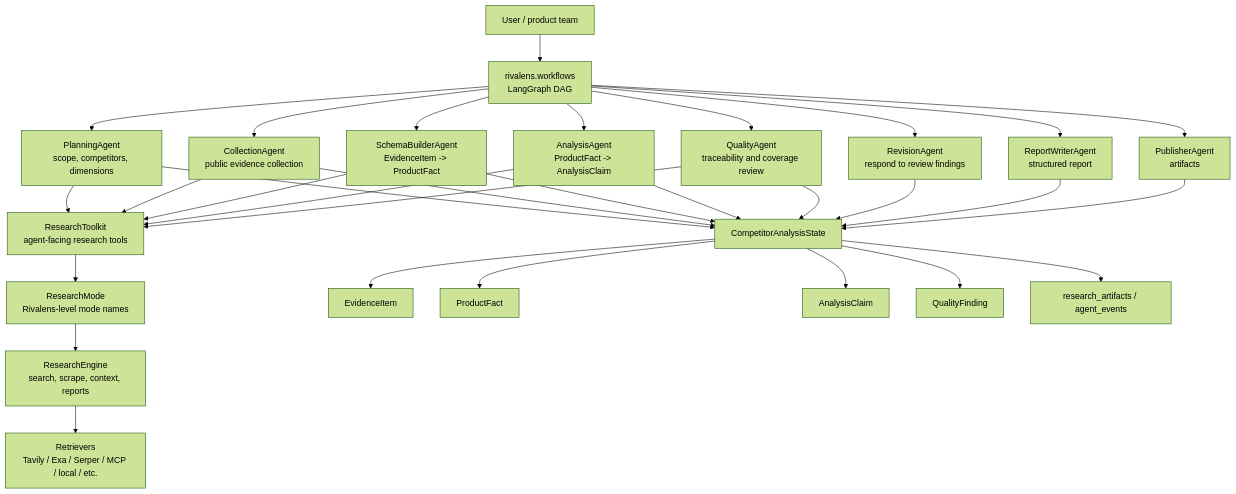
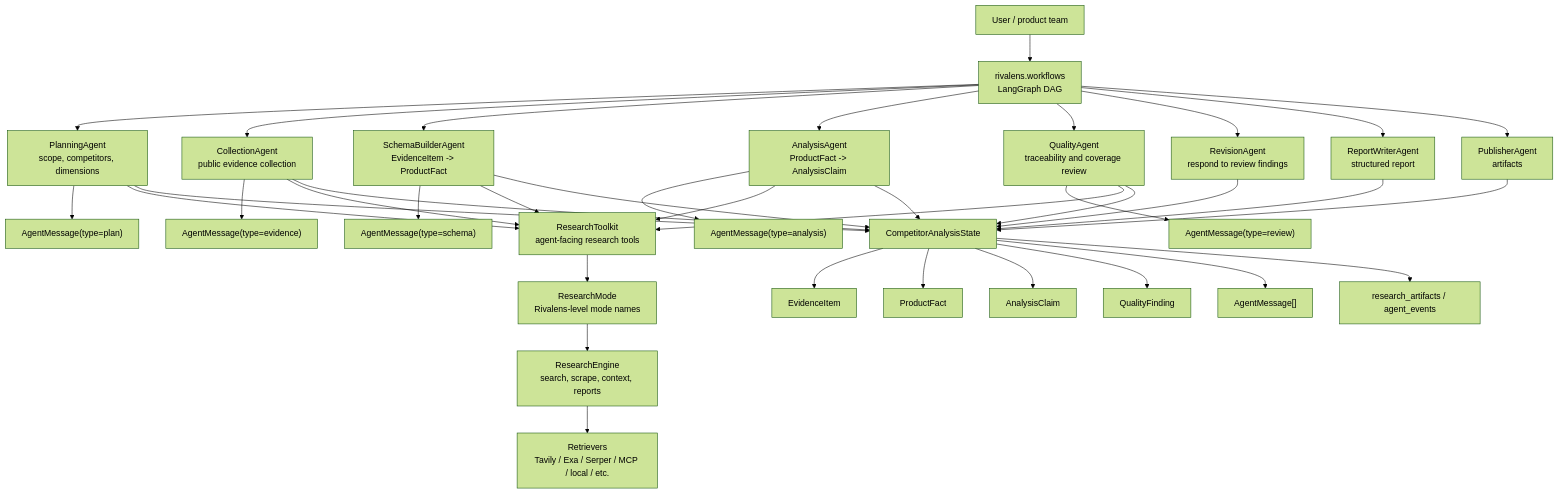
One commit to ying123ww/rivalens changed the first of 2 diagrams in README.md. Above: the diagram before and after it, drawn with Mermaid (forest theme). The commit also changed other lines of this file and 11 other files, not shown here.

````diff
--- a/README.md
+++ b/README.md
@@ -18,38 +18,45 @@
 ```mermaid
 flowchart TB
     User["User / product team"] --> Workflow["rivalens.workflows\nLangGraph DAG"]
 
     Workflow --> Planner["PlanningAgent\nscope, competitors, dimensions"]
     Workflow --> Collector["CollectionAgent\npublic evidence collection"]
     Workflow --> SchemaBuilder["SchemaBuilderAgent\nEvidenceItem -> ProductFact"]
     Workflow --> Analyst["AnalysisAgent\nProductFact -> AnalysisClaim"]
     Workflow --> Reviewer["QualityAgent\ntraceability and coverage review"]
     Workflow --> Reviser["RevisionAgent\nrespond to review findings"]
     Workflow --> Writer["ReportWriterAgent\nstructured report"]
     Workflow --> Publisher["PublisherAgent\nartifacts"]
+
+    Planner --> MsgPlan["AgentMessage(type=plan)"]
+    Collector --> MsgEvidence["AgentMessage(type=evidence)"]
+    SchemaBuilder --> MsgSchema["AgentMessage(type=schema)"]
+    Analyst --> MsgAnalysis["AgentMessage(type=analysis)"]
+    Reviewer --> MsgReview["AgentMessage(type=review)"]
 
     Planner --> Toolkit["ResearchToolkit\nagent-facing research tools"]
     Collector --> Toolkit
     SchemaBuilder --> Toolkit
     Analyst --> Toolkit
     Reviewer --> Toolkit
 
     Toolkit --> Modes["ResearchMode\nRivalens-level mode names"]
     Modes --> Engine["ResearchEngine\nsearch, scrape, context, reports"]
     Engine --> Retrievers["Retrievers\nTavily / Exa / Serper / MCP / local / etc."]
 
     Planner --> State["CompetitorAnalysisState"]
     Collector --> State
     SchemaBuilder --> State
     Analyst --> State
     Reviewer --> State
     Reviser --> State
     Writer --> State
     Publisher --> State
 
     State --> Evidence["EvidenceItem"]
     State --> Facts["ProductFact"]
     State --> Claims["AnalysisClaim"]
     State --> QA["QualityFinding"]
+    State --> Messages["AgentMessage[]"]
     State --> Artifacts["research_artifacts / agent_events"]
 ```
````
